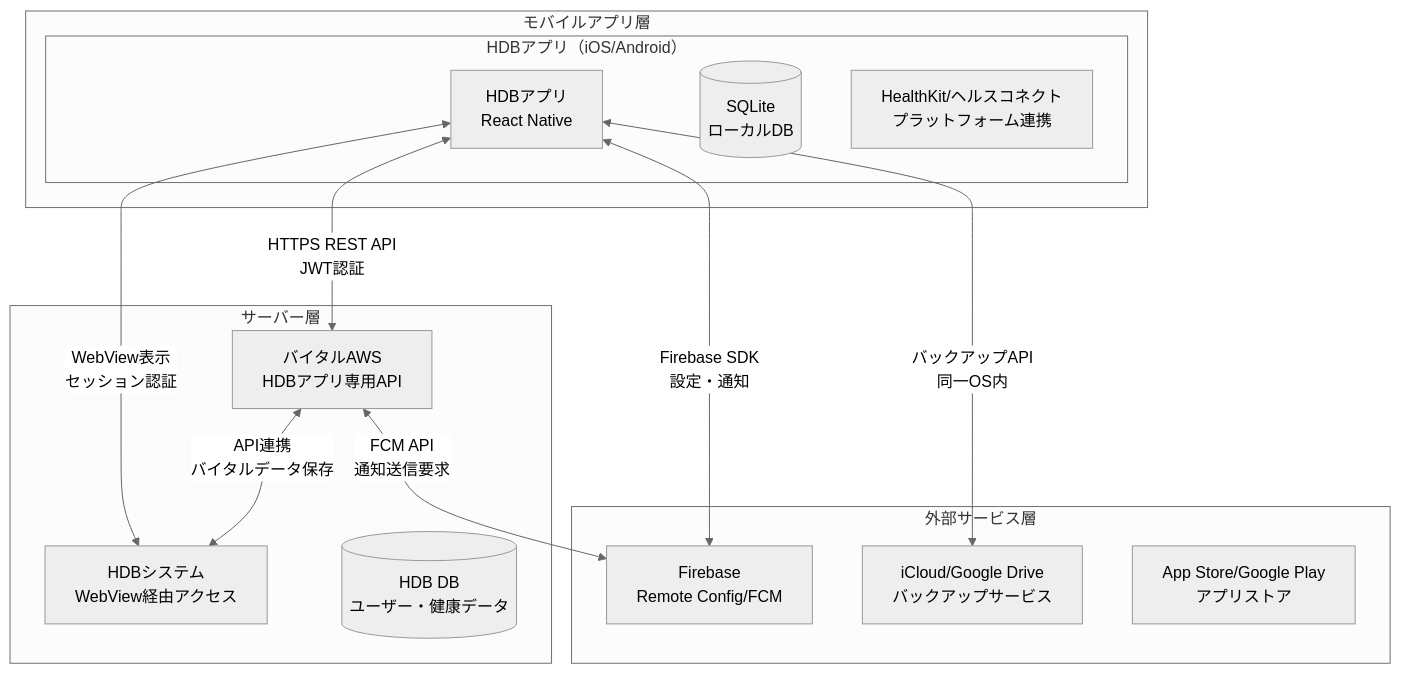
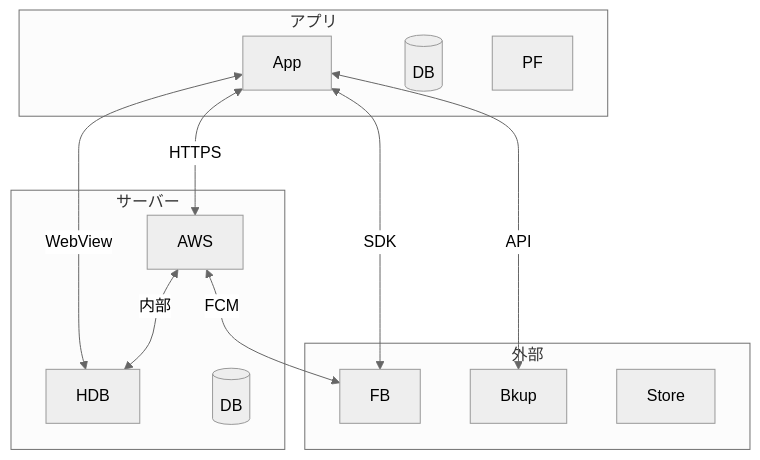
One commit to sasaibu/hdb changed the first of 4 diagrams in 外部設計書22.外部設計書/連携処理方式概要設計書.md. Above: the diagram before and after it, drawn with Mermaid (neutral theme). The commit also changed other lines of this file, not shown here.

````diff
--- a/外部設計書22.外部設計書/連携処理方式概要設計書.md
+++ b/外部設計書22.外部設計書/連携処理方式概要設計書.md
@@ -5,29 +5,27 @@
 ```mermaid
 graph TB
-    subgraph "モバイルアプリ層"
-        subgraph "HDBアプリ（iOS/Android）"
-            A[HDBアプリ<br/>React Native]
-            L[(SQLite<br/>ローカルDB)]
-            P[HealthKit/ヘルスコネクト<br/>プラットフォーム連携]
-        end
+    subgraph "アプリ"
+        A[App]
+        L[(DB)]
+        P[PF]
     end
     
-    subgraph "サーバー層"
-        W[バイタルAWS<br/>HDBアプリ専用API]
-        H[HDBシステム<br/>WebView経由アクセス]
-        D[(HDB DB<br/>ユーザー・健康データ)]
+    subgraph "サーバー"
+        W[AWS]
+        H[HDB]
+        D[(DB)]
     end
     
-    subgraph "外部サービス層"
-        F[Firebase<br/>Remote Config/FCM]
-        B[iCloud/Google Drive<br/>バックアップサービス]
-        S[App Store/Google Play<br/>アプリストア]
+    subgraph "外部"
+        F[FB]
+        B[Bkup]
+        S[Store]
     end
     
-    A <-->|HTTPS REST API<br/>JWT認証| W
-    A <-->|WebView表示<br/>セッション認証| H
-    A <-->|Firebase SDK<br/>設定・通知| F
-    A <-->|バックアップAPI<br/>同一OS内| B
-    W <-->|API連携<br/>バイタルデータ保存| H
-    W <-->|FCM API<br/>通知送信要求| F
+    A <-->|HTTPS| W
+    A <-->|WebView| H
+    A <-->|SDK| F
+    A <-->|API| B
+    W <-->|内部| H
+    W <-->|FCM| F
 ```
````
